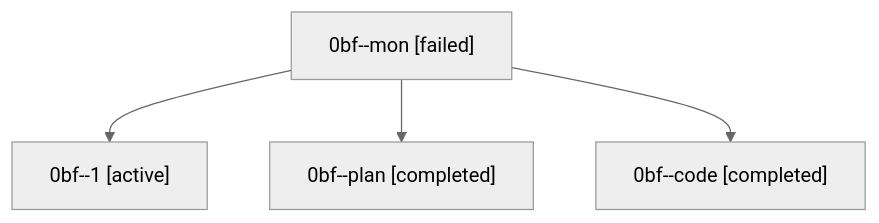
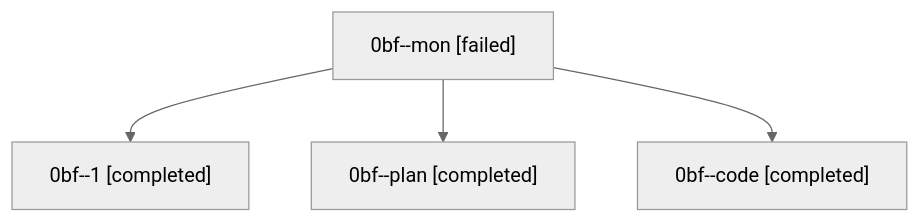
Before and after one commit to sase-org/sase--agents: the diagram in families/bbugyi200.athena.0bf.md, drawn with Mermaid (neutral theme). The commit also changed other lines of this file and 53 other files, not shown here.

````diff
--- a/families/bbugyi200.athena.0bf.md
+++ b/families/bbugyi200.athena.0bf.md
@@ -9,10 +9,10 @@
 ```mermaid
 flowchart TD
   n0["0bf--mon [failed]"]
-  n1["0bf--1 [active]"]
+  n1["0bf--1 [completed]"]
   n0 --> n1
   n2["0bf--plan [completed]"]
   n0 --> n2
   n3["0bf--code [completed]"]
   n0 --> n3
 ```
````
